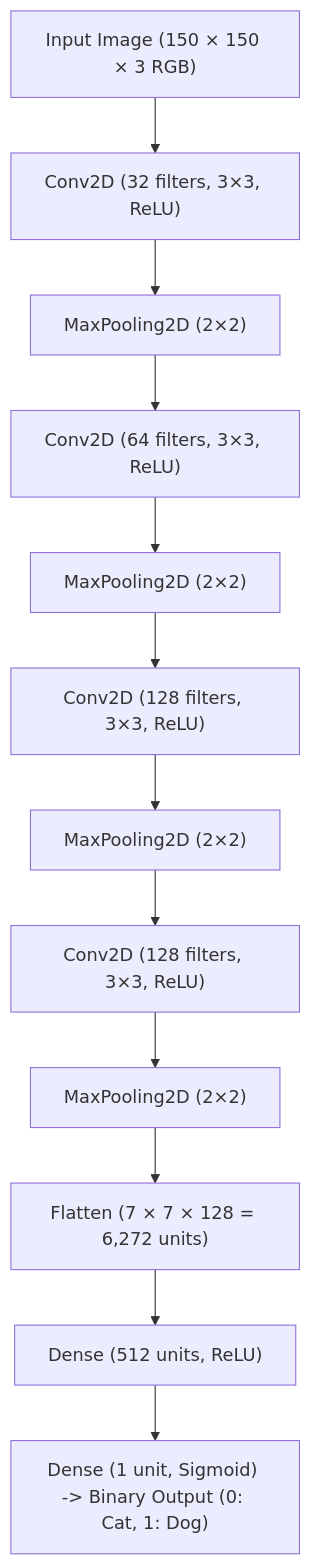
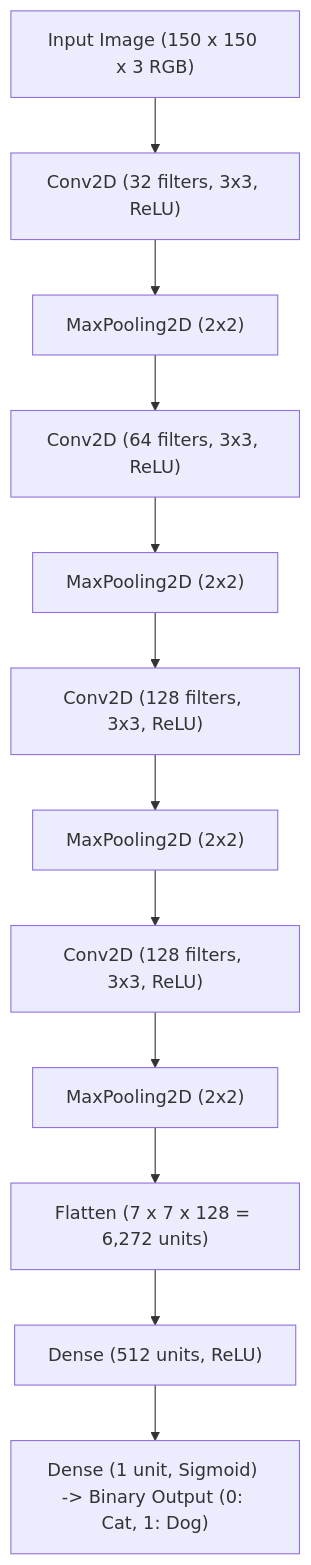
Before and after one commit to SayedaHaneen/data-augmentation-imagedatagenerator: the second of 2 diagrams in README.md, drawn with Mermaid. The commit also changed other lines of this file and 2 other files, not shown here.

````diff
--- a/README.md
+++ b/README.md
@@ -82,14 +92,14 @@
 ```mermaid
 flowchart TD
-    Input["Input Image (150 × 150 × 3 RGB)"] --> C1["Conv2D (32 filters, 3×3, ReLU)"]
-    C1 --> P1["MaxPooling2D (2×2)"]
-    P1 --> C2["Conv2D (64 filters, 3×3, ReLU)"]
-    C2 --> P2["MaxPooling2D (2×2)"]
-    P2 --> C3["Conv2D (128 filters, 3×3, ReLU)"]
-    C3 --> P3["MaxPooling2D (2×2)"]
-    P3 --> C4["Conv2D (128 filters, 3×3, ReLU)"]
-    C4 --> P4["MaxPooling2D (2×2)"]
-    P4 --> Flat["Flatten (7 × 7 × 128 = 6,272 units)"]
+    Input["Input Image (150 x 150 x 3 RGB)"] --> C1["Conv2D (32 filters, 3x3, ReLU)"]
+    C1 --> P1["MaxPooling2D (2x2)"]
+    P1 --> C2["Conv2D (64 filters, 3x3, ReLU)"]
+    C2 --> P2["MaxPooling2D (2x2)"]
+    P2 --> C3["Conv2D (128 filters, 3x3, ReLU)"]
+    C3 --> P3["MaxPooling2D (2x2)"]
+    P3 --> C4["Conv2D (128 filters, 3x3, ReLU)"]
+    C4 --> P4["MaxPooling2D (2x2)"]
+    P4 --> Flat["Flatten (7 x 7 x 128 = 6,272 units)"]
     Flat --> D1["Dense (512 units, ReLU)"]
     D1 --> Out["Dense (1 unit, Sigmoid) -> Binary Output (0: Cat, 1: Dog)"]
 ```
````
